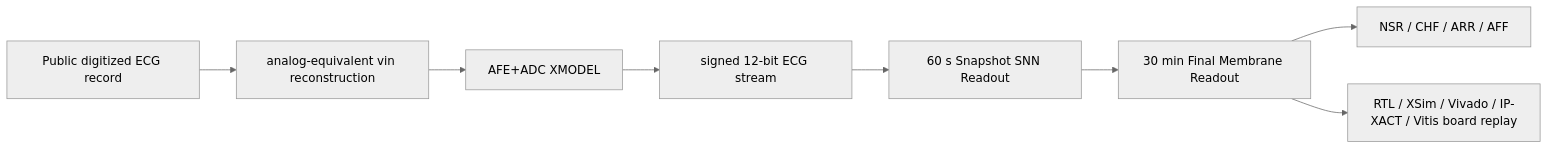
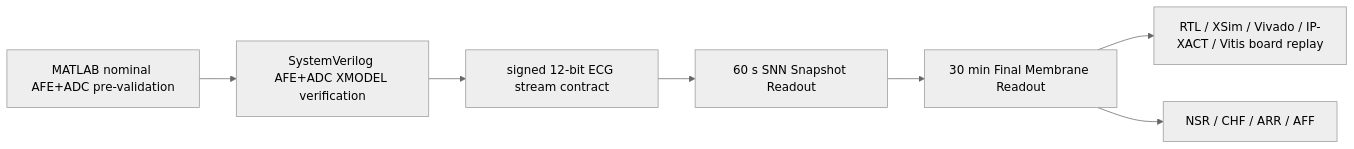
One commit to Sheep-gun/ECG-SoC-Integrated changed the diagram in README.md. Above: the diagram before and after it, drawn with Mermaid (neutral theme). The commit also changed other lines of this file and 6 other files, not shown here.

````diff
--- a/README.md
+++ b/README.md
@@ -15,10 +13,9 @@
 ```mermaid
 flowchart LR
-    A["Public digitized ECG record"] --> B["analog-equivalent vin reconstruction"]
-    B --> C["AFE+ADC XMODEL"]
-    C --> D["signed 12-bit ECG stream"]
-    D --> E["60 s Snapshot SNN Readout"]
-    E --> F["30 min Final Membrane Readout"]
-    F --> G["NSR / CHF / ARR / AFF"]
-    F --> H["RTL / XSim / Vivado / IP-XACT / Vitis board replay"]
+    A["MATLAB nominal AFE+ADC pre-validation"] --> B["SystemVerilog AFE+ADC XMODEL verification"]
+    B --> C["signed 12-bit ECG stream contract"]
+    C --> D["60 s SNN Snapshot Readout"]
+    D --> E["30 min Final Membrane Readout"]
+    E --> F["RTL / XSim / Vivado / IP-XACT / Vitis board replay"]
+    E --> G["NSR / CHF / ARR / AFF"]
 ```
````
